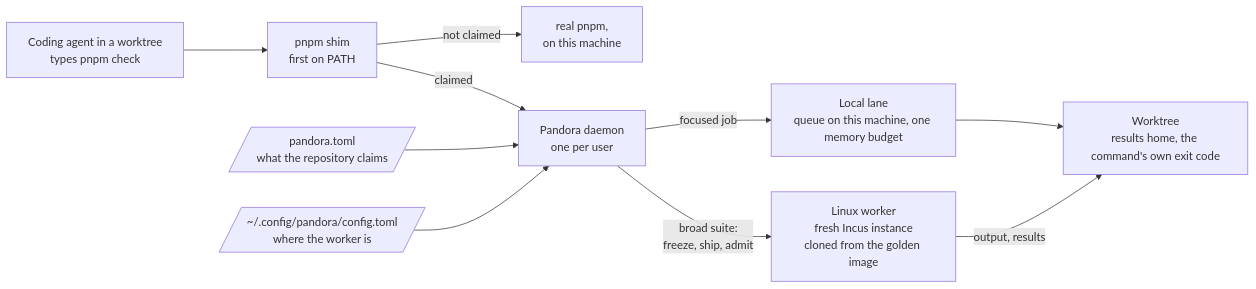
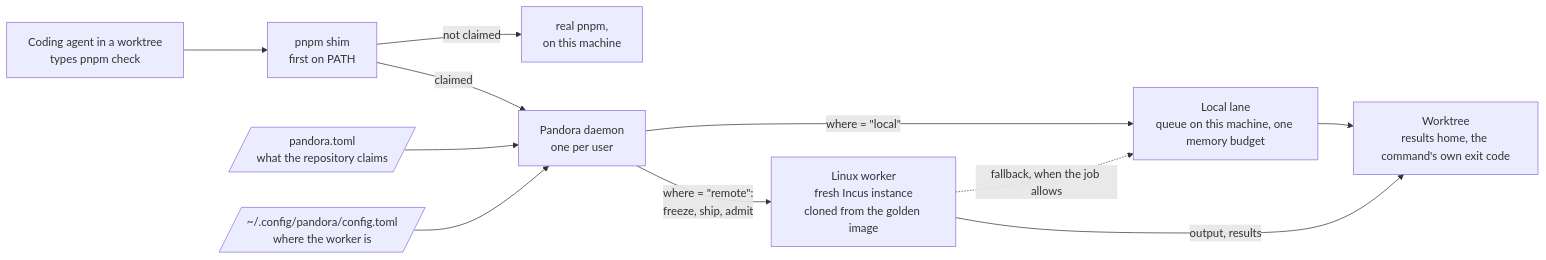
One commit to gbasin/pandora changed the diagram in README.md. Above: the diagram before and after it, drawn with Mermaid. The commit also changed other lines of this file and 2 other files, not shown here.

````diff
--- a/README.md
+++ b/README.md
@@ -72,12 +79,13 @@
 ```mermaid
 flowchart LR
     agent["Coding agent in a worktree<br/>types pnpm check"] --> shim["pnpm shim<br/>first on PATH"]
     shim -- "not claimed" --> real["real pnpm,<br/>on this machine"]
     shim -- "claimed" --> daemon["Pandora daemon<br/>one per user"]
     toml[/"pandora.toml<br/>what the repository claims"/] --> daemon
     cfg[/"~/.config/pandora/config.toml<br/>where the worker is"/] --> daemon
-    daemon -- "focused job" --> local["Local lane<br/>queue on this machine, one memory budget"]
-    daemon -- "broad suite:<br/>freeze, ship, admit" --> worker["Linux worker<br/>fresh Incus instance<br/>cloned from the golden image"]
+    daemon -- "where = #quot;local#quot;" --> local["Local lane<br/>queue on this machine, one memory budget"]
+    daemon -- "where = #quot;remote#quot;:<br/>freeze, ship, admit" --> worker["Linux worker<br/>fresh Incus instance<br/>cloned from the golden image"]
+    worker -. "fallback, when the job allows" .-> local
     local --> home["Worktree<br/>results home, the command's own exit code"]
     worker -- "output, results" --> home
 ```
````
